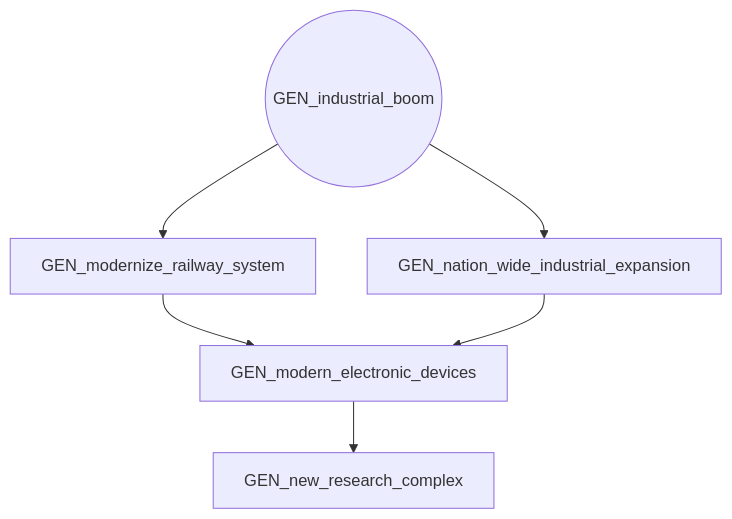
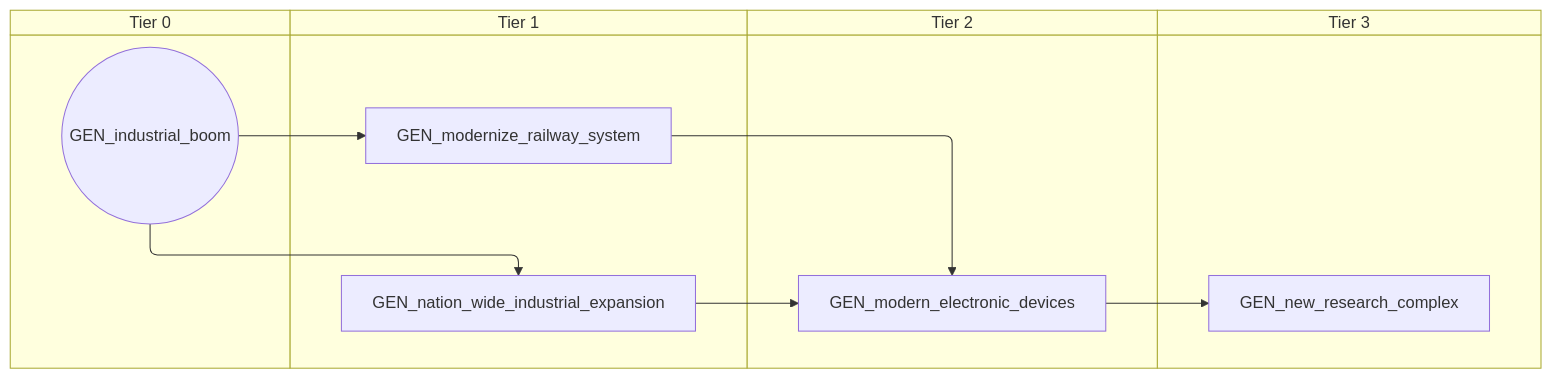
Before and after one commit to evgeny-sobol/hoi4-sandbox-mode-r56: the fifth of 5 diagrams in docs/gdd/National Focuses/r56_gen_shared.md, drawn with Mermaid. The commit also changed other lines of this file and 423 other files, not shown here.

First line of the commit message:
Re-export Rt56 focus trees as swimlane diagrams

````diff
--- a/docs/gdd/National Focuses/r56_gen_shared.md
+++ b/docs/gdd/National Focuses/r56_gen_shared.md
@@ -244,13 +292,21 @@
 ```mermaid
-flowchart TD
-    n78(("GEN_industrial_boom"))
-    n79["GEN_modern_electronic_devices"]
-    n80["GEN_modernize_railway_system"]
-    n81["GEN_nation_wide_industrial_expansion"]
-    n82["GEN_new_research_complex"]
-    n80 --> n79
-    n81 --> n79
+swimlane-beta TD
+    subgraph tier_0["Tier 0"]
+        n78(("GEN_industrial_boom"))
+    end
+    subgraph tier_1["Tier 1"]
+        n79["GEN_modernize_railway_system"]
+        n80["GEN_nation_wide_industrial_expansion"]
+    end
+    subgraph tier_2["Tier 2"]
+        n81["GEN_modern_electronic_devices"]
+    end
+    subgraph tier_3["Tier 3"]
+        n82["GEN_new_research_complex"]
+    end
+    n79 --> n81
+    n80 --> n81
+    n78 --> n79
     n78 --> n80
-    n78 --> n81
-    n79 --> n82
+    n81 --> n82
 ```
````
